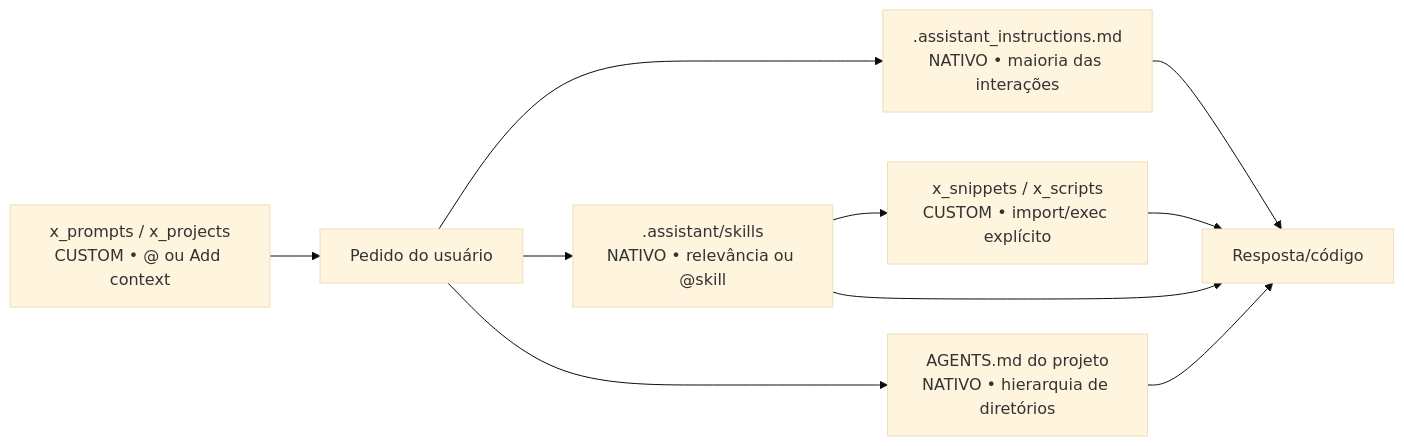
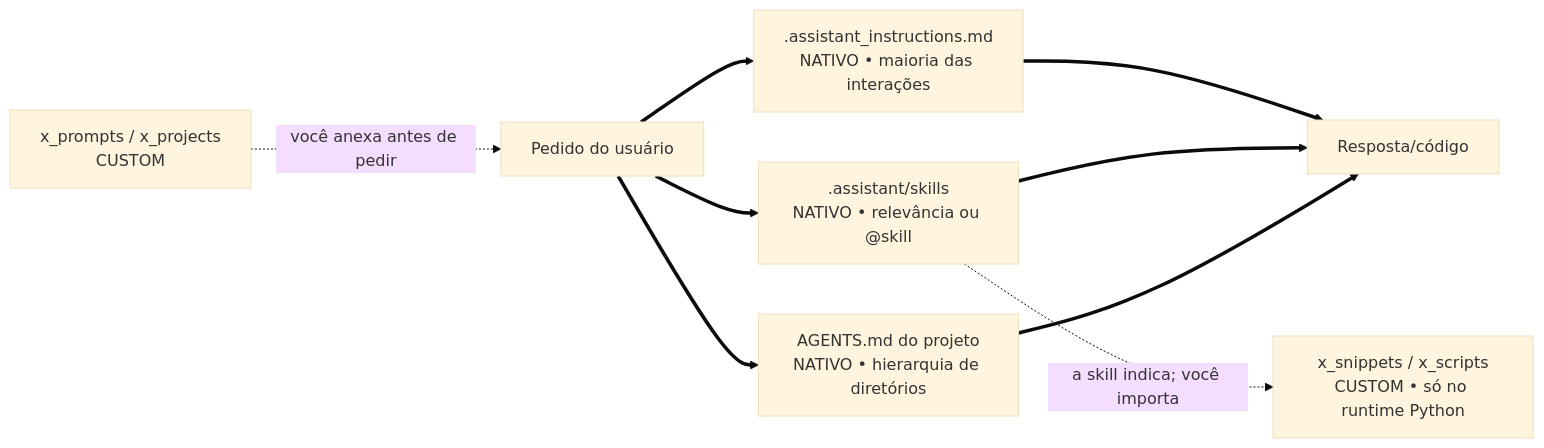
One commit to Guimarais-R-Rodrigo/Ambiente_Databricks changed the first of 2 diagrams in Novo_Ambiente_Simulado/Users/guimarais.r.rodrigo@gmail.com/.assistant/README.md. Above: the diagram before and after it, drawn with Mermaid (base theme). The commit also changed other lines of this file and 15 other files, not shown here.

````diff
--- a/Novo_Ambiente_Simulado/Users/guimarais.r.rodrigo@gmail.com/.assistant/README.md
+++ b/Novo_Ambiente_Simulado/Users/guimarais.r.rodrigo@gmail.com/.assistant/README.md
@@ -17,12 +20,11 @@
 ```mermaid
 flowchart LR
-  U["Pedido do usuário"] --> I[".assistant_instructions.md\nNATIVO • maioria das interações"]
-  U --> S[".assistant/skills\nNATIVO • relevância ou @skill"]
-  U --> A["AGENTS.md do projeto\nNATIVO • hierarquia de diretórios"]
-  P["x_prompts / x_projects\nCUSTOM • @ ou Add context"] --> U
-  S --> H["x_snippets / x_scripts\nCUSTOM • import/exec explícito"]
-  I --> R["Resposta/código"]
-  S --> R
-  A --> R
-  H --> R
+  U["Pedido do usuário"] ==> I[".assistant_instructions.md\nNATIVO • maioria das interações"]
+  U ==> S[".assistant/skills\nNATIVO • relevância ou @skill"]
+  U ==> A["AGENTS.md do projeto\nNATIVO • hierarquia de diretórios"]
+  P["x_prompts / x_projects\nCUSTOM"] -.->|"você anexa antes de pedir"| U
+  S -.->|"a skill indica; você importa"| H["x_snippets / x_scripts\nCUSTOM • só no runtime Python"]
+  I ==> R["Resposta/código"]
+  S ==> R
+  A ==> R
 ```
````
